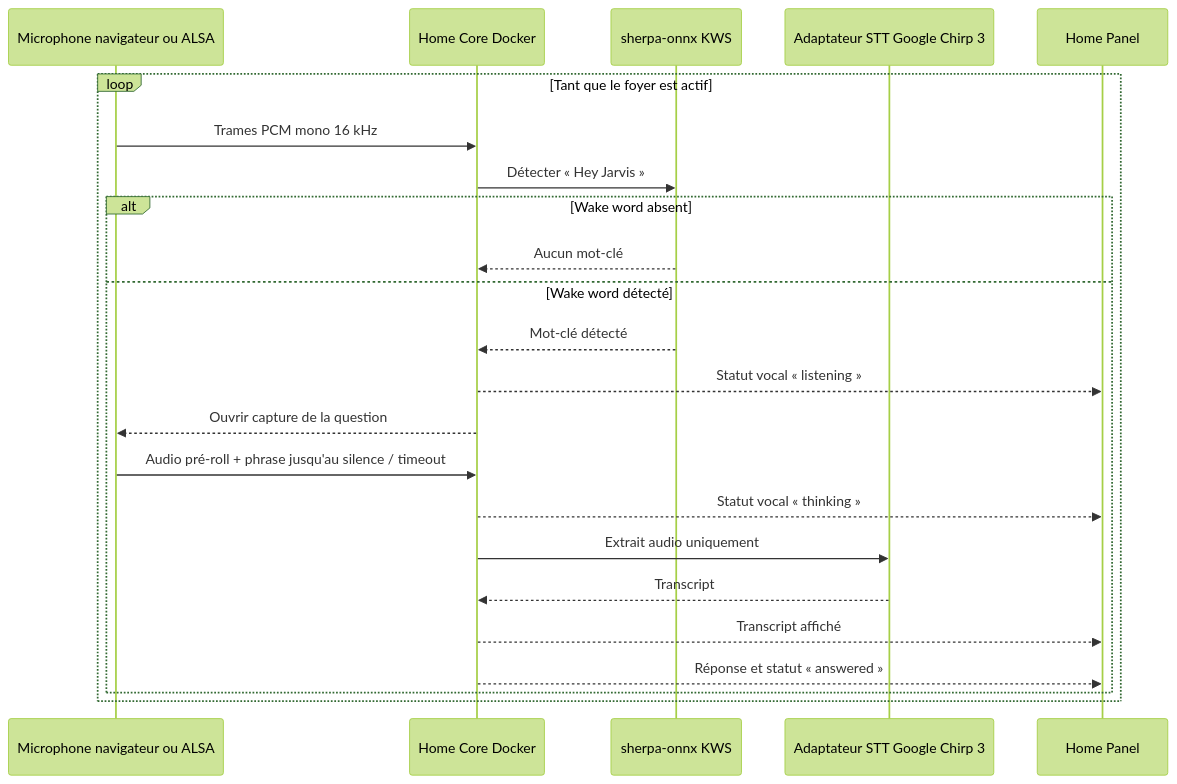
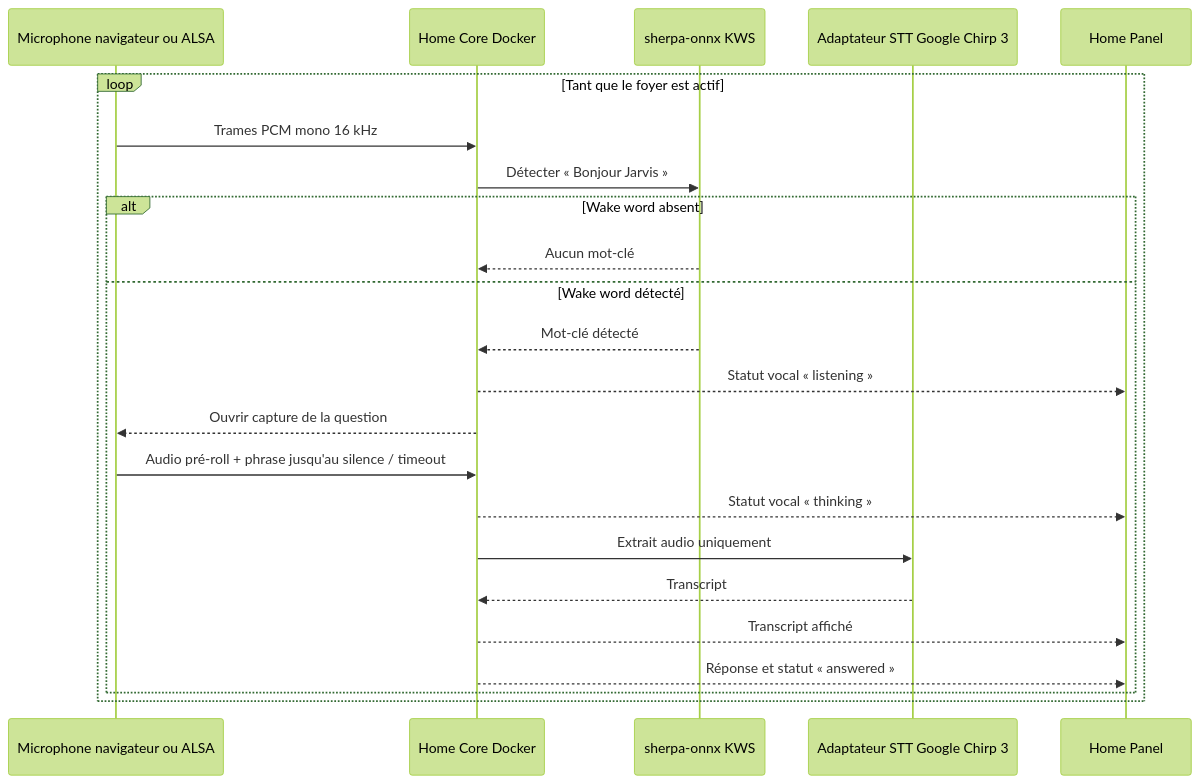
One commit to clementortiz134595/HOME-AI changed the diagram in poles/technique/home-core/diagrammes/sequence-assistant-wake-word.mmd. Above: the diagram before and after it, drawn with Mermaid (forest theme). The commit also changed 9 other files, not shown here.

```diff
--- a/poles/technique/home-core/diagrammes/sequence-assistant-wake-word.mmd
+++ b/poles/technique/home-core/diagrammes/sequence-assistant-wake-word.mmd
@@ -1,24 +1,24 @@
 sequenceDiagram
     participant Mic as Microphone navigateur ou ALSA
     participant Core as Home Core Docker
     participant Wake as sherpa-onnx KWS
     participant STT as Adaptateur STT Google Chirp 3
     participant Panel as Home Panel
 
     loop Tant que le foyer est actif
         Mic->>Core: Trames PCM mono 16 kHz
-        Core->>Wake: Détecter « Hey Jarvis »
+        Core->>Wake: Détecter « Bonjour Jarvis »
         alt Wake word absent
             Wake-->>Core: Aucun mot-clé
         else Wake word détecté
             Wake-->>Core: Mot-clé détecté
             Core-->>Panel: Statut vocal « listening »
             Core-->>Mic: Ouvrir capture de la question
             Mic->>Core: Audio pré-roll + phrase jusqu'au silence / timeout
             Core-->>Panel: Statut vocal « thinking »
             Core->>STT: Extrait audio uniquement
             STT-->>Core: Transcript
             Core-->>Panel: Transcript affiché
             Core-->>Panel: Réponse et statut « answered »
         end
     end
```
